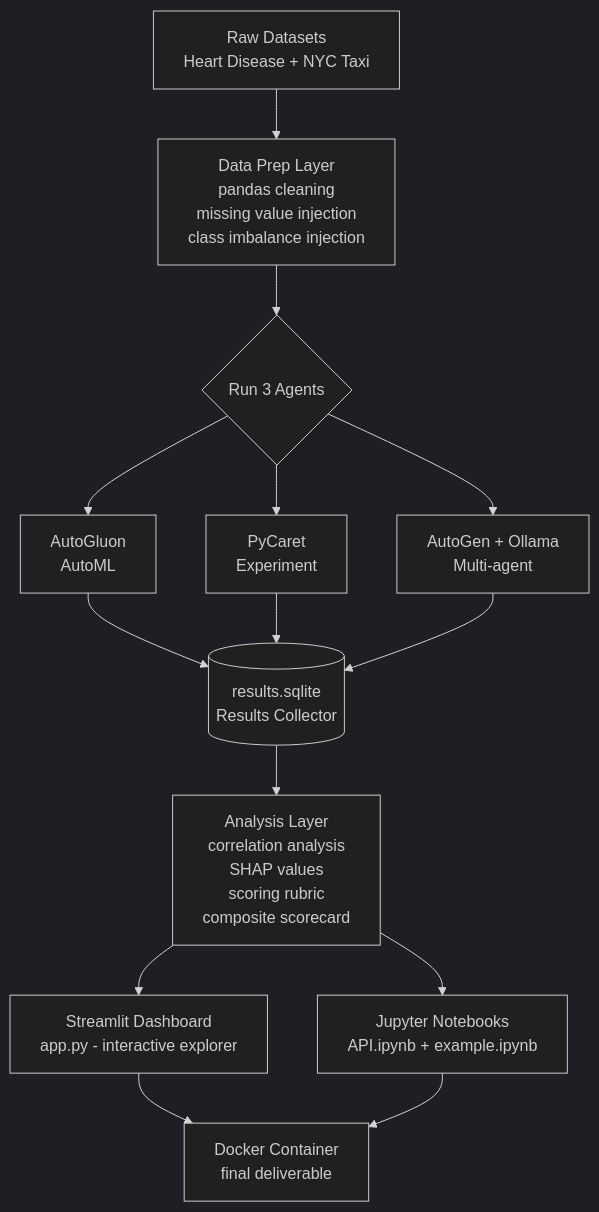
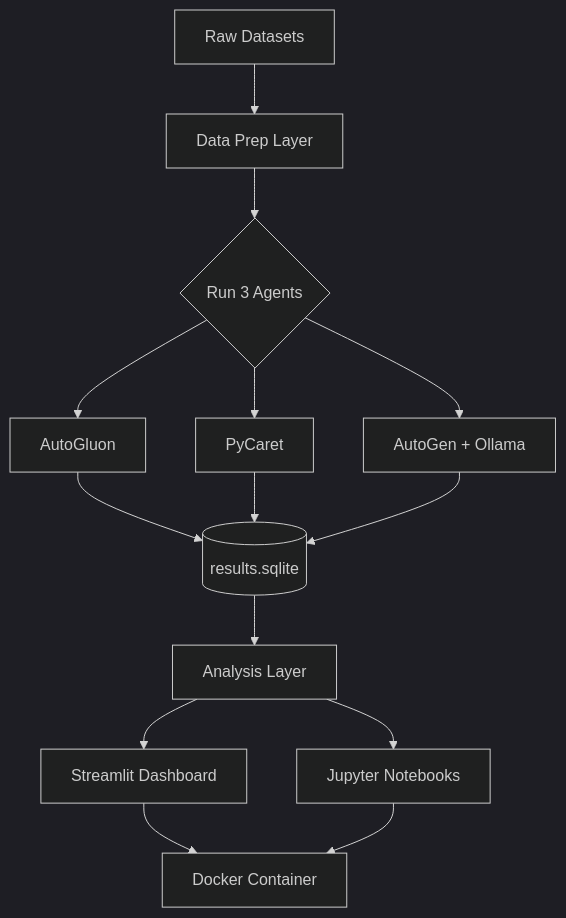
One commit to Akhil-Kambhatla/comparison-of-DS-Agents changed the first of 7 diagrams in README.md. Above: the diagram before and after it, drawn with Mermaid (dark theme). The commit also changed other lines of this file, not shown here.

````diff
--- a/README.md
+++ b/README.md
@@ -125,16 +271,16 @@
 ```mermaid
 flowchart TD
-    A[Raw Datasets\nHeart Disease + NYC Taxi] --> B[Data Prep Layer\npandas cleaning\nmissing value injection\nclass imbalance injection]
+    A[Raw Datasets] --> B[Data Prep Layer]
     B --> C{Run 3 Agents}
-    C --> D[AutoGluon\nAutoML]
-    C --> E[PyCaret\nExperiment]
-    C --> F[AutoGen + Ollama\nMulti-agent]
-    D --> G[(results.sqlite\nResults Collector)]
+    C --> D[AutoGluon]
+    C --> E[PyCaret]
+    C --> F[AutoGen + Ollama]
+    D --> G[(results.sqlite)]
     E --> G
     F --> G
-    G --> H[Analysis Layer\ncorrelation analysis\nSHAP values\nscoring rubric\ncomposite scorecard]
-    H --> I[Streamlit Dashboard\napp.py - interactive explorer]
-    H --> J[Jupyter Notebooks\nAPI.ipynb + example.ipynb]
-    I --> K[Docker Container\nfinal deliverable]
+    G --> H[Analysis Layer]
+    H --> I[Streamlit Dashboard]
+    H --> J[Jupyter Notebooks]
+    I --> K[Docker Container]
     J --> K
 ```
````
